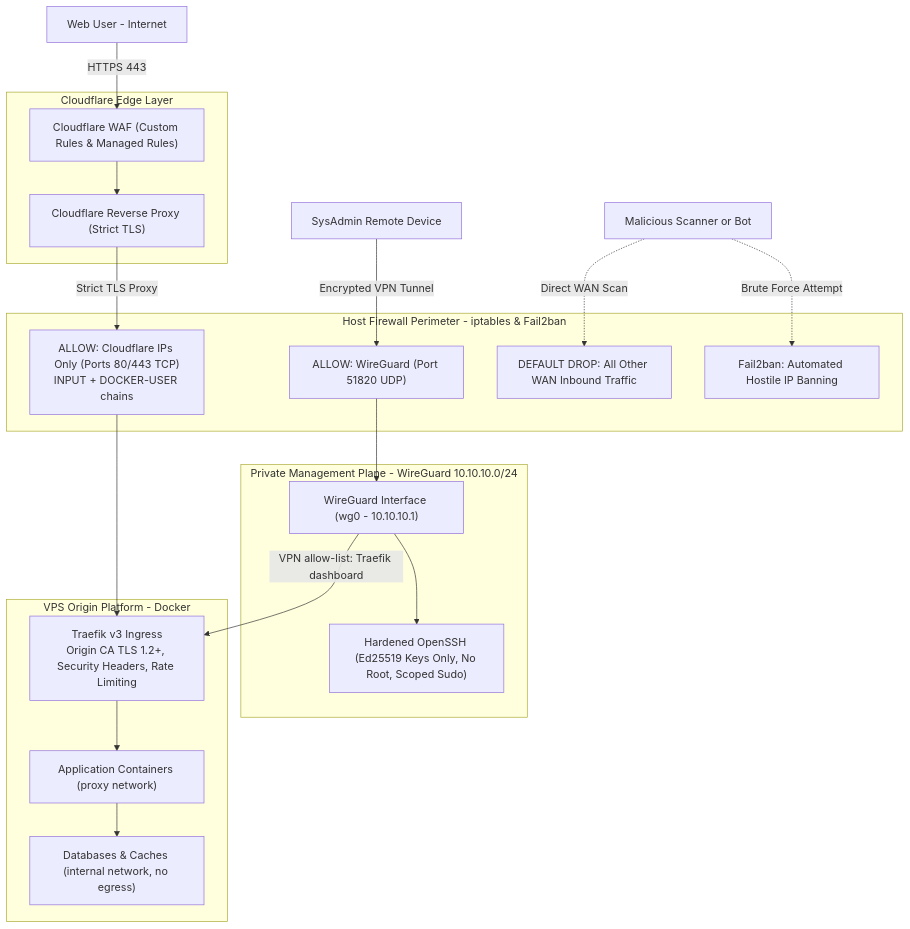
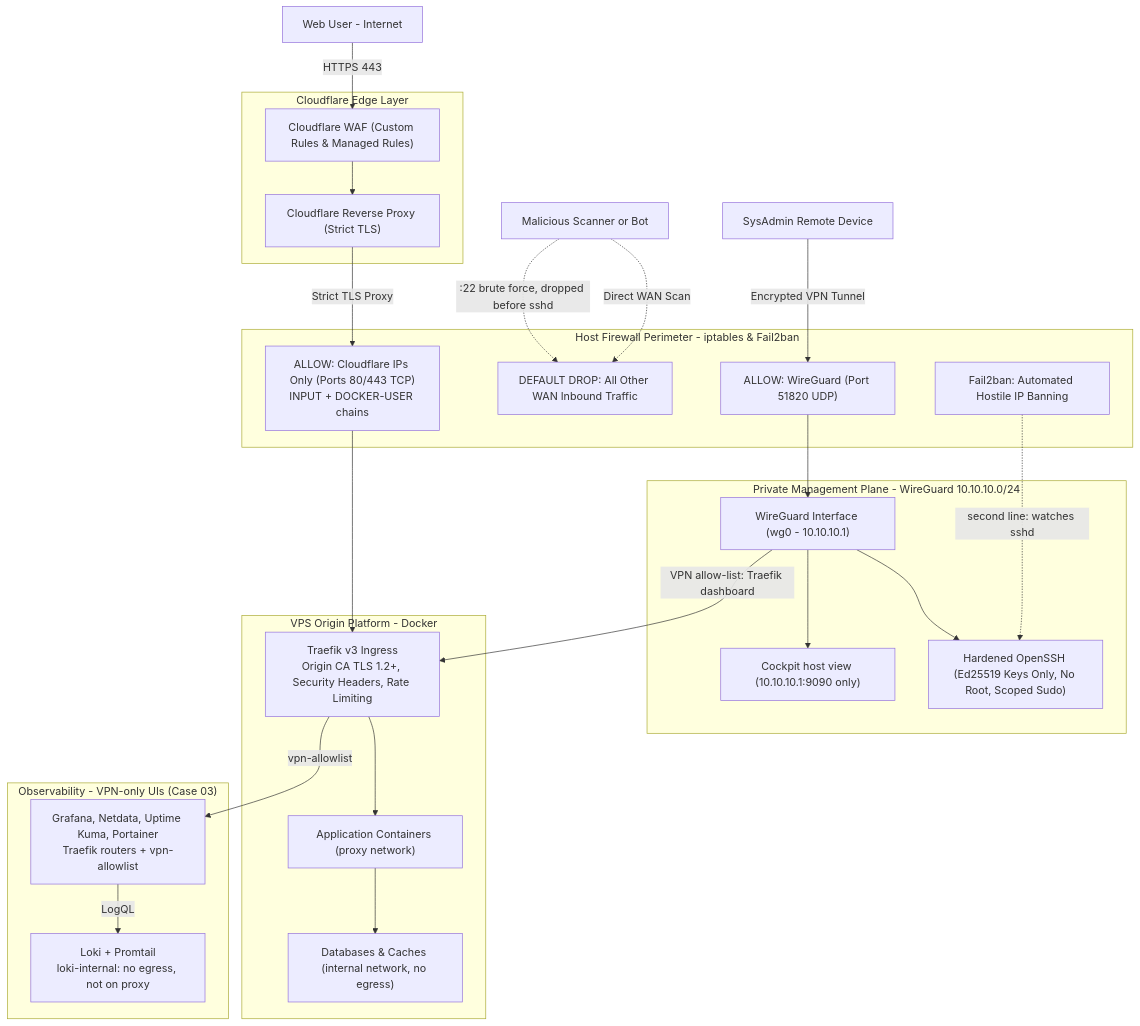
Before and after one commit to gabzaf/zero-trust-vps-platform: the diagram in README.md, drawn with Mermaid. The commit also changed other lines of this file and 6 other files, not shown here.

First line of the commit message:
doc: add Case 03, VPN-only observability

````diff
--- a/README.md
+++ b/README.md
@@ -15,43 +16,53 @@
 ```mermaid
 graph TD
     User["Web User - Internet"]
     Attacker["Malicious Scanner or Bot"]
     Admin["SysAdmin Remote Device"]
 
     subgraph Cloudflare_Edge["Cloudflare Edge Layer"]
         CF_WAF["Cloudflare WAF (Custom Rules & Managed Rules)"]
         CF_PROXY["Cloudflare Reverse Proxy (Strict TLS)"]
         CF_WAF --> CF_PROXY
     end
 
     subgraph Host_Firewall["Host Firewall Perimeter - iptables & Fail2ban"]
         FW_CF["ALLOW: Cloudflare IPs Only (Ports 80/443 TCP)<br/>INPUT + DOCKER-USER chains"]
         FW_WG["ALLOW: WireGuard (Port 51820 UDP)"]
         FW_DROP["DEFAULT DROP: All Other WAN Inbound Traffic"]
         F2B["Fail2ban: Automated Hostile IP Banning"]
     end
 
     subgraph Admin_Plane["Private Management Plane - WireGuard 10.10.10.0/24"]
         WG_IF["WireGuard Interface (wg0 - 10.10.10.1)"]
         SSH["Hardened OpenSSH (Ed25519 Keys Only, No Root, Scoped Sudo)"]
+        COCKPIT["Cockpit host view (10.10.10.1:9090 only)"]
         WG_IF --> SSH
+        WG_IF --> COCKPIT
     end
 
     subgraph Origin_Layer["VPS Origin Platform - Docker"]
         TRAEFIK["Traefik v3 Ingress<br/>Origin CA TLS 1.2+, Security Headers, Rate Limiting"]
         APP["Application Containers (proxy network)"]
         DB["Databases & Caches (internal network, no egress)"]
         TRAEFIK --> APP --> DB
     end
 
+    subgraph Observe_Layer["Observability - VPN-only UIs (Case 03)"]
+        UIS["Grafana, Netdata, Uptime Kuma, Portainer<br/>Traefik routers + vpn-allowlist"]
+        LOKI["Loki + Promtail<br/>loki-internal: no egress, not on proxy"]
+        UIS -->|LogQL| LOKI
+    end
+
     User -->|HTTPS 443| CF_WAF
     CF_PROXY -->|Strict TLS Proxy| FW_CF
     FW_CF --> TRAEFIK
 
     Attacker -.->|Direct WAN Scan| FW_DROP
-    Attacker -.->|Brute Force Attempt| F2B
+    Attacker -.->|":22 brute force, dropped before sshd"| FW_DROP
+    F2B -.->|"second line: watches sshd"| SSH
 
     Admin -->|Encrypted VPN Tunnel| FW_WG
     FW_WG --> WG_IF
     WG_IF -->|VPN allow-list: Traefik dashboard| TRAEFIK
+    TRAEFIK -->|vpn-allowlist| UIS
 ```
````
